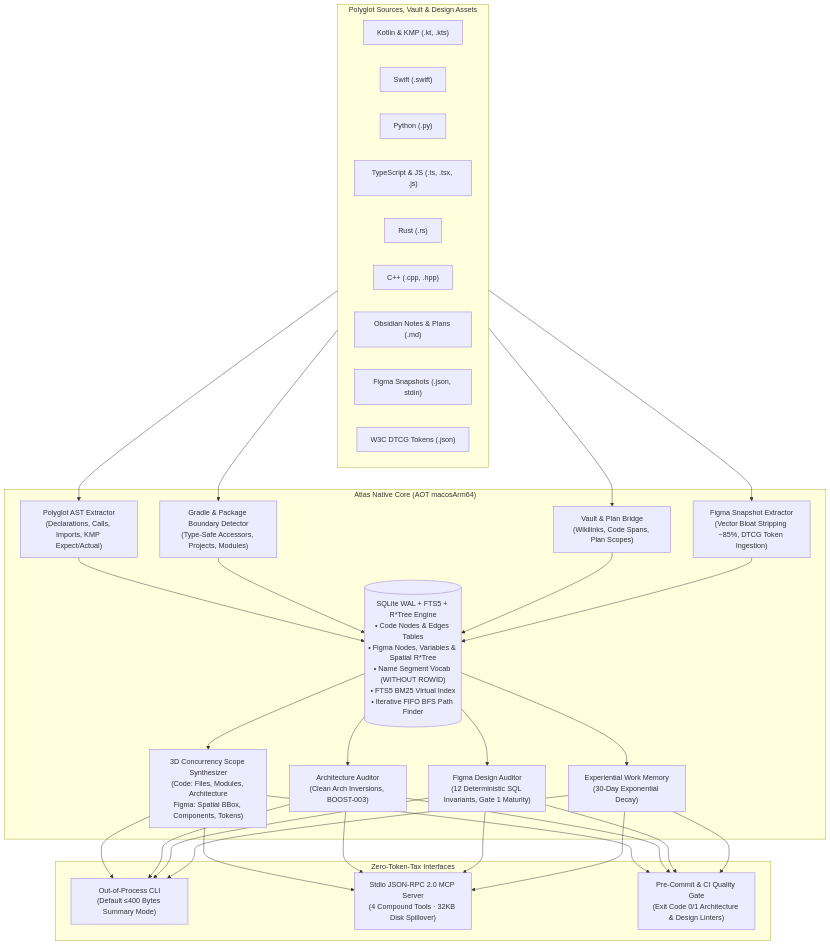
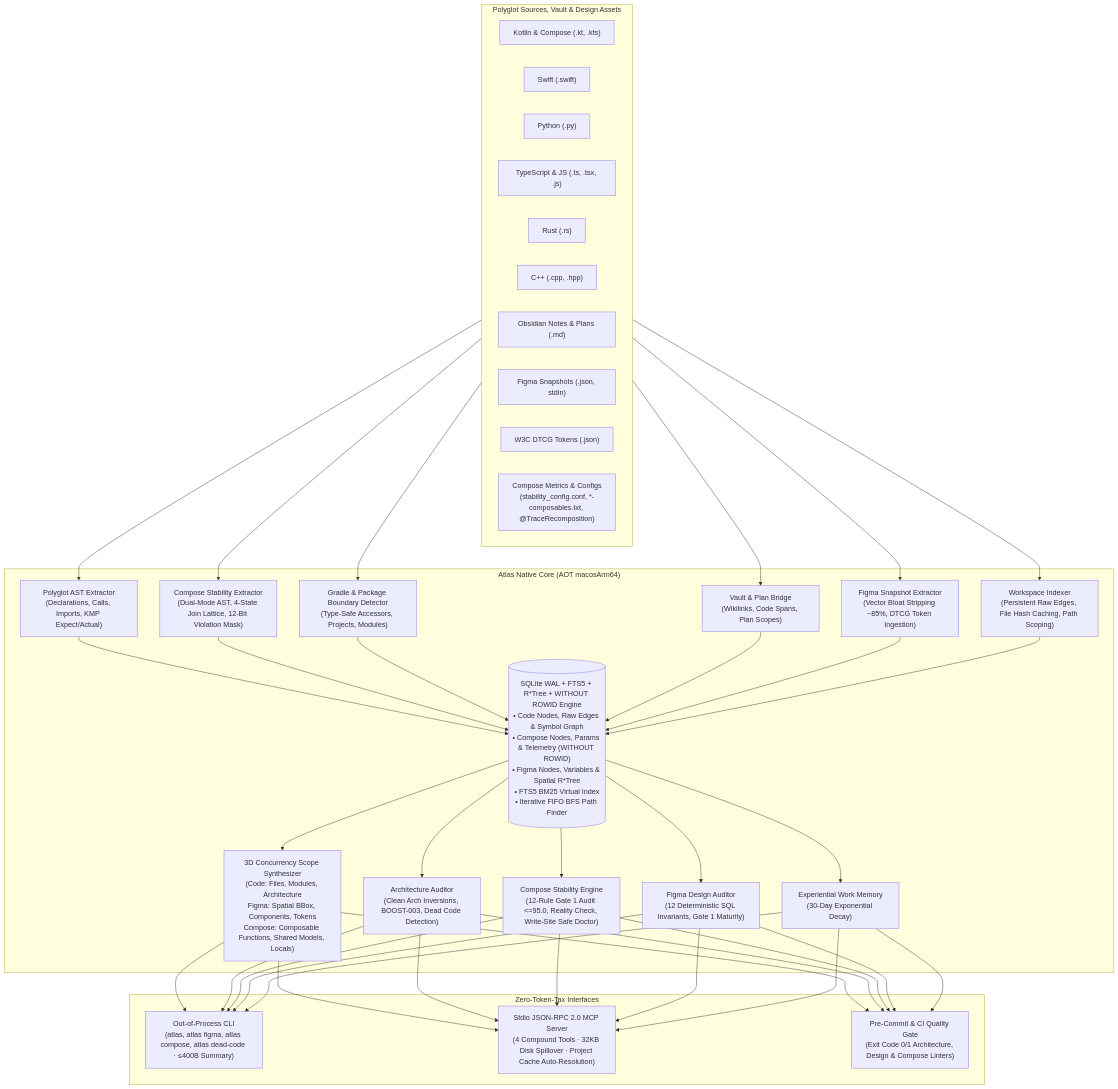
Before and after one commit to jefferyforbes/code-atlas: the diagram in README.md, drawn with Mermaid. The commit also changed other lines of this file, not shown here.

Commit message:
docs(readme): document Compose stability engine, CLI subcommands, dead-code audit, and v0.4.0 capabilities

````diff
--- a/README.md
+++ b/README.md
@@ -38,40 +40,44 @@
 ```mermaid
 flowchart TD
     subgraph Inputs["Polyglot Sources, Vault & Design Assets"]
-        KOTLIN["Kotlin & KMP (.kt, .kts)"]
+        KOTLIN["Kotlin & Compose (.kt, .kts)"]
         SWIFT["Swift (.swift)"]
         PYTHON["Python (.py)"]
         TS["TypeScript & JS (.ts, .tsx, .js)"]
         RUST["Rust (.rs)"]
         CPP["C++ (.cpp, .hpp)"]
         DOCS["Obsidian Notes & Plans (.md)"]
         FIGMA["Figma Snapshots (.json, stdin)"]
         DTCG["W3C DTCG Tokens (.json)"]
+        COMPOSE_METRICS["Compose Metrics & Configs<br/>(stability_config.conf, *-composables.txt, @TraceRecomposition)"]
     end
 
     subgraph Engine["Atlas Native Core (AOT macosArm64)"]
         EXTRACT["Polyglot AST Extractor<br/>(Declarations, Calls, Imports, KMP Expect/Actual)"]
+        COMPOSE_EXTRACT["Compose Stability Extractor<br/>(Dual-Mode AST, 4-State Join Lattice, 12-Bit Violation Mask)"]
+        INDEXER["Workspace Indexer<br/>(Persistent Raw Edges, File Hash Caching, Path Scoping)"]
         MODULES["Gradle & Package Boundary Detector<br/>(Type-Safe Accessors, Projects, Modules)"]
         BRIDGE["Vault & Plan Bridge<br/>(Wikilinks, Code Spans, Plan Scopes)"]
         
         FIGMA_EXTRACT["Figma Snapshot Extractor<br/>(Vector Bloat Stripping ~85%, DTCG Token Ingestion)"]
         
-        STORE[("SQLite WAL + FTS5 + R*Tree Engine<br/>• Code Nodes & Edges Tables<br/>• Figma Nodes, Variables & Spatial R*Tree<br/>• Name Segment Vocab (WITHOUT ROWID)<br/>• FTS5 BM25 Virtual Index<br/>• Iterative FIFO BFS Path Finder")]
+        STORE[("SQLite WAL + FTS5 + R*Tree + WITHOUT ROWID Engine<br/>• Code Nodes, Raw Edges & Symbol Graph<br/>• Compose Nodes, Params & Telemetry (WITHOUT ROWID)<br/>• Figma Nodes, Variables & Spatial R*Tree<br/>• FTS5 BM25 Virtual Index<br/>• Iterative FIFO BFS Path Finder")]
         
-        SYNTH["3D Concurrency Scope Synthesizer<br/>(Code: Files, Modules, Architecture<br/>Figma: Spatial BBox, Components, Tokens)"]
-        AUDIT["Architecture Auditor<br/>(Clean Arch Inversions, BOOST-003)"]
+        SYNTH["3D Concurrency Scope Synthesizer<br/>(Code: Files, Modules, Architecture<br/>Figma: Spatial BBox, Components, Tokens<br/>Compose: Composable Functions, Shared Models, Locals)"]
+        AUDIT["Architecture Auditor<br/>(Clean Arch Inversions, BOOST-003, Dead Code Detection)"]
+        COMPOSE_ENGINE["Compose Stability Engine<br/>(12-Rule Gate 1 Audit <=95.0, Reality Check, Write-Site Safe Doctor)"]
         FIGMA_AUDIT["Figma Design Auditor<br/>(12 Deterministic SQL Invariants, Gate 1 Maturity)"]
         MEMORY["Experiential Work Memory<br/>(30-Day Exponential Decay)"]
     end
 
     subgraph Interfaces["Zero-Token-Tax Interfaces"]
-        CLI["Out-of-Process CLI<br/>(Default ≤400 Bytes Summary Mode)"]
-        MCP["Stdio JSON-RPC 2.0 MCP Server<br/>(4 Compound Tools &middot; 32KB Disk Spillover)"]
-        CI["Pre-Commit & CI Quality Gate<br/>(Exit Code 0/1 Architecture & Design Linters)"]
+        CLI["Out-of-Process CLI<br/>(atlas, atlas figma, atlas compose, atlas dead-code &middot; ≤400B Summary)"]
+        MCP["Stdio JSON-RPC 2.0 MCP Server<br/>(4 Compound Tools &middot; 32KB Disk Spillover &middot; Project Cache Auto-Resolution)"]
+        CI["Pre-Commit & CI Quality Gate<br/>(Exit Code 0/1 Architecture, Design & Compose Linters)"]
     end
 
-    Inputs --> EXTRACT & MODULES & BRIDGE & FIGMA_EXTRACT
-    EXTRACT & MODULES & BRIDGE & FIGMA_EXTRACT --> STORE
-    STORE --> SYNTH & AUDIT & FIGMA_AUDIT & MEMORY
-    SYNTH & AUDIT & FIGMA_AUDIT & MEMORY --> CLI & MCP & CI
+    Inputs --> EXTRACT & COMPOSE_EXTRACT & MODULES & BRIDGE & FIGMA_EXTRACT & INDEXER
+    EXTRACT & COMPOSE_EXTRACT & MODULES & BRIDGE & FIGMA_EXTRACT & INDEXER --> STORE
+    STORE --> SYNTH & AUDIT & COMPOSE_ENGINE & FIGMA_AUDIT & MEMORY
+    SYNTH & AUDIT & COMPOSE_ENGINE & FIGMA_AUDIT & MEMORY --> CLI & MCP & CI
 ```
````
